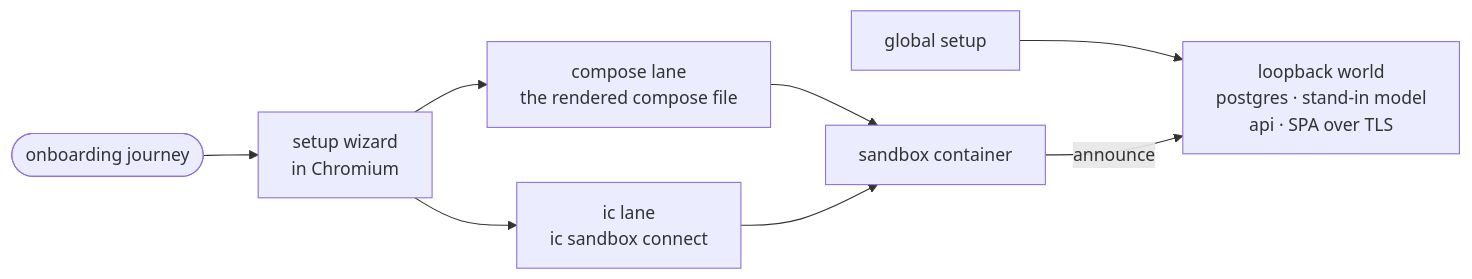
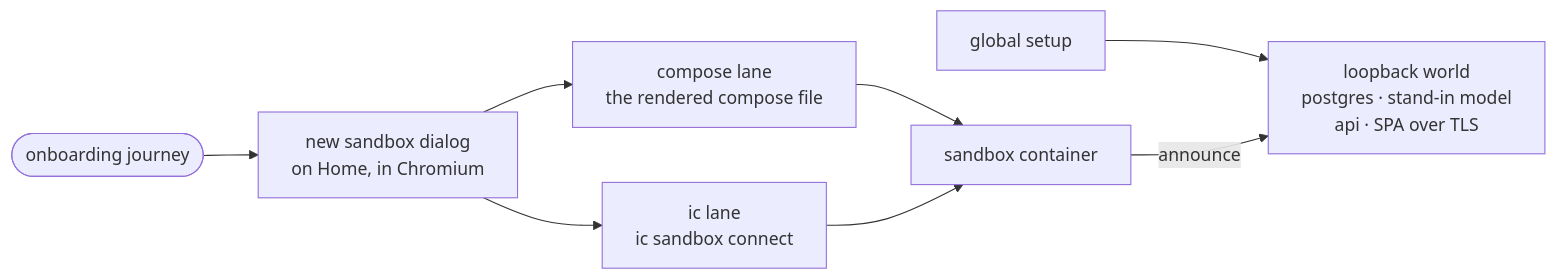
The diagram in _tools/onboarding/README.md (intentic/intentic), drawn with Mermaid before and after one commit. The commit also changed other lines of this file and 9 other files, not shown here.

First line of the commit message:
fix(onboarding): create sandboxes through Home's new sandbox dialog

````diff
--- a/_tools/onboarding/README.md
+++ b/_tools/onboarding/README.md
@@ -5,10 +5,10 @@
 ```mermaid
 flowchart LR
     setup["global setup"] --> world["loopback world<br/>postgres · stand-in model<br/>api · SPA over TLS"]
-    journey(["onboarding journey"]) --> wizard["setup wizard<br/>in Chromium"]
+    journey(["onboarding journey"]) --> wizard["new sandbox dialog<br/>on Home, in Chromium"]
     wizard --> compose["compose lane<br/>the rendered compose file"]
     wizard --> ic["ic lane<br/>ic sandbox connect"]
     compose --> box["sandbox container"]
     ic --> box
     box -->|"announce"| world
 ```
````
